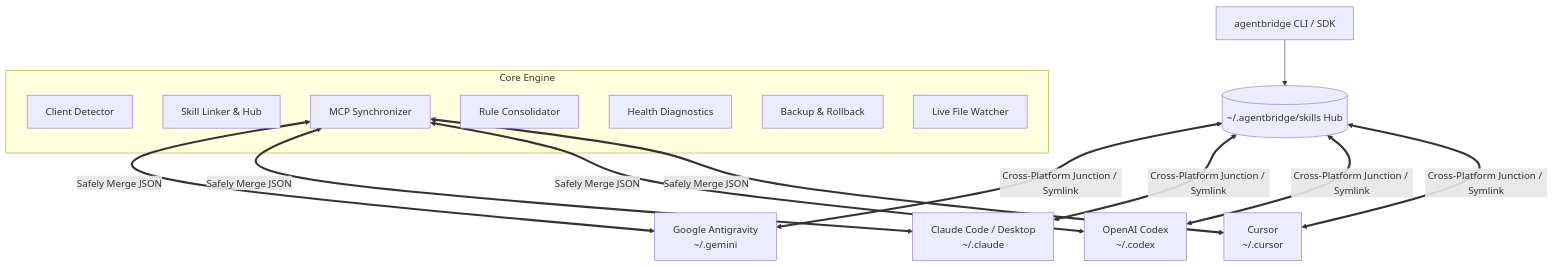
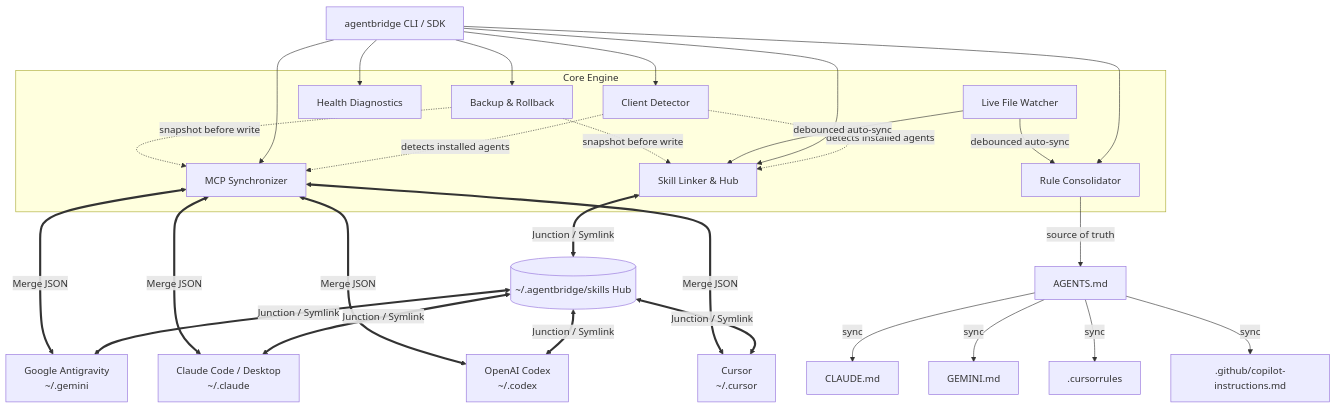
Before and after one commit to Helter5/agentbridge: the diagram in README.md, drawn with Mermaid. The commit also changed other lines of this file and 1 other file, not shown here.

First paragraph of the commit message:
docs: full README accuracy pass - architecture diagram, sync-rules description
Went through every claim in README.md against the actual source
(src/cli.ts command/option definitions, src/constants.ts
SUPPORTED_AGENTS/RULE_TARGET_FILES), not just re-checking what the
previous pass already touched.

````diff
--- a/README.md
+++ b/README.md
@@ -34,24 +34,45 @@
 ```mermaid
 flowchart TD
-    CLI[agentbridge CLI / SDK] --> Hub[(~/.agentbridge/skills Hub)]
-    
+    CLI[agentbridge CLI / SDK]
+
     subgraph Core Engine
         Detector[Client Detector]
         SkillLinker[Skill Linker & Hub]
         MCPSync[MCP Synchronizer]
         Rules[Rule Consolidator]
         Doctor[Health Diagnostics]
         Rollback[Backup & Rollback]
         Watcher[Live File Watcher]
     end
-    
-    Hub <== "Cross-Platform Junction / Symlink" ==> G[Google Antigravity<br/>~/.gemini]
-    Hub <== "Cross-Platform Junction / Symlink" ==> C[Claude Code / Desktop<br/>~/.claude]
-    Hub <== "Cross-Platform Junction / Symlink" ==> O[OpenAI Codex<br/>~/.codex]
-    Hub <== "Cross-Platform Junction / Symlink" ==> U[Cursor<br/>~/.cursor]
-    
-    MCPSync <== "Safely Merge JSON" ==> G
-    MCPSync <== "Safely Merge JSON" ==> C
-    MCPSync <== "Safely Merge JSON" ==> O
-    MCPSync <== "Safely Merge JSON" ==> U
+
+    CLI --> Detector
+    Detector -.detects installed agents.-> SkillLinker
+    Detector -.detects installed agents.-> MCPSync
+    CLI --> SkillLinker
+    CLI --> MCPSync
+    CLI --> Rules
+    CLI --> Doctor
+    CLI --> Rollback
+    Watcher -->|debounced auto-sync| SkillLinker
+    Watcher -->|debounced auto-sync| Rules
+
+    SkillLinker <== "Junction / Symlink" ==> Hub[(~/.agentbridge/skills Hub)]
+    Hub <== "Junction / Symlink" ==> G[Google Antigravity<br/>~/.gemini]
+    Hub <== "Junction / Symlink" ==> C[Claude Code / Desktop<br/>~/.claude]
+    Hub <== "Junction / Symlink" ==> O[OpenAI Codex<br/>~/.codex]
+    Hub <== "Junction / Symlink" ==> U[Cursor<br/>~/.cursor]
+
+    MCPSync <== "Merge JSON" ==> G
+    MCPSync <== "Merge JSON" ==> C
+    MCPSync <== "Merge JSON" ==> O
+    MCPSync <== "Merge JSON" ==> U
+
+    Rules -->|source of truth| AGENTS[AGENTS.md]
+    AGENTS -->|sync| CLAUDEMD[CLAUDE.md]
+    AGENTS -->|sync| GEMINIMD[GEMINI.md]
+    AGENTS -->|sync| CURSORRULES[.cursorrules]
+    AGENTS -->|sync| COPILOT[.github/copilot-instructions.md]
+
+    Rollback -.snapshot before write.-> SkillLinker
+    Rollback -.snapshot before write.-> MCPSync
 ```
````
